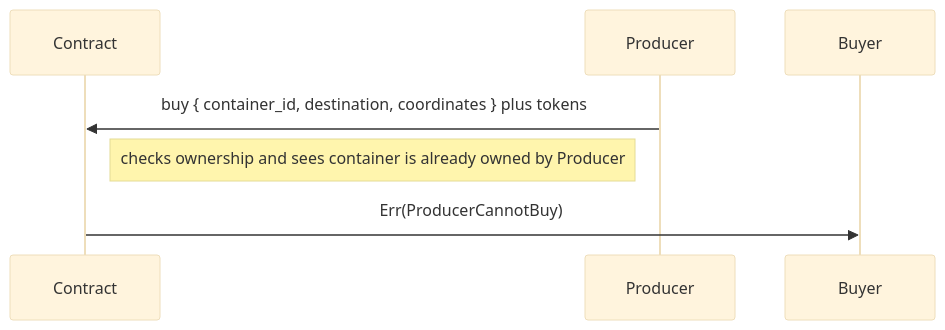
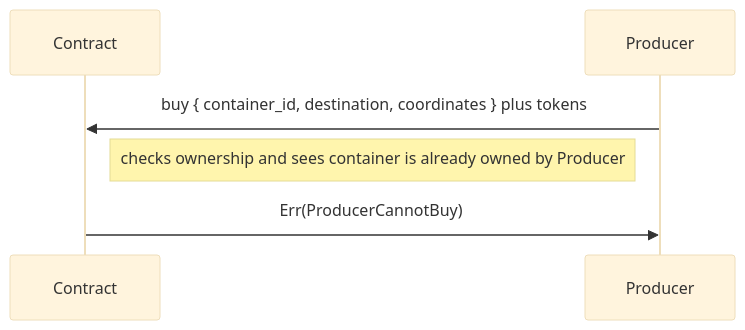
The sixth of 11 diagrams in DESIGN.md (Hydrochain/hydrochain-contracts), drawn with Mermaid (base theme) before and after one commit. The commit also changed other lines of this file, not shown here.

````diff
--- a/DESIGN.md
+++ b/DESIGN.md
@@ -65,8 +64,8 @@
 ```mermaid
 sequenceDiagram
   participant Contract
   participant Producer
   Producer->>Contract: buy { container_id, destination, coordinates } plus tokens
   note right of Contract: checks ownership and sees container is already owned by Producer
-  Contract->>Buyer: Err(ProducerCannotBuy)
+  Contract->>Producer: Err(ProducerCannotBuy)
 ```
````
